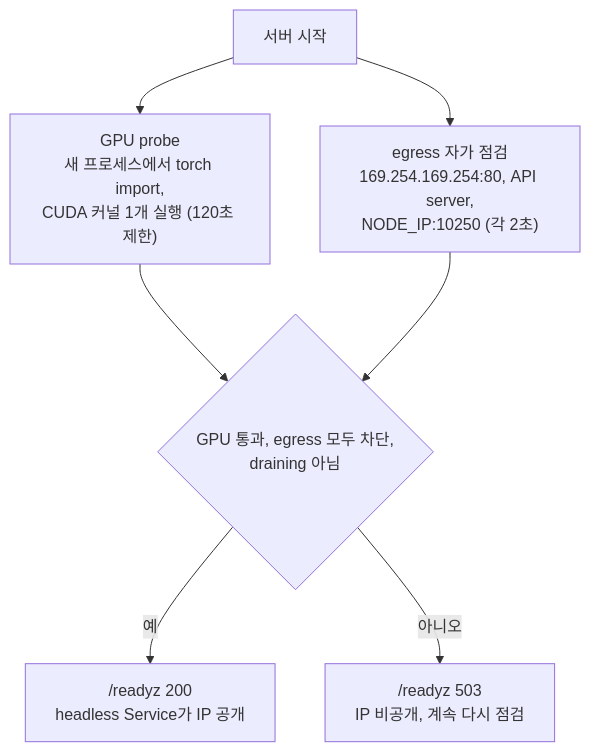
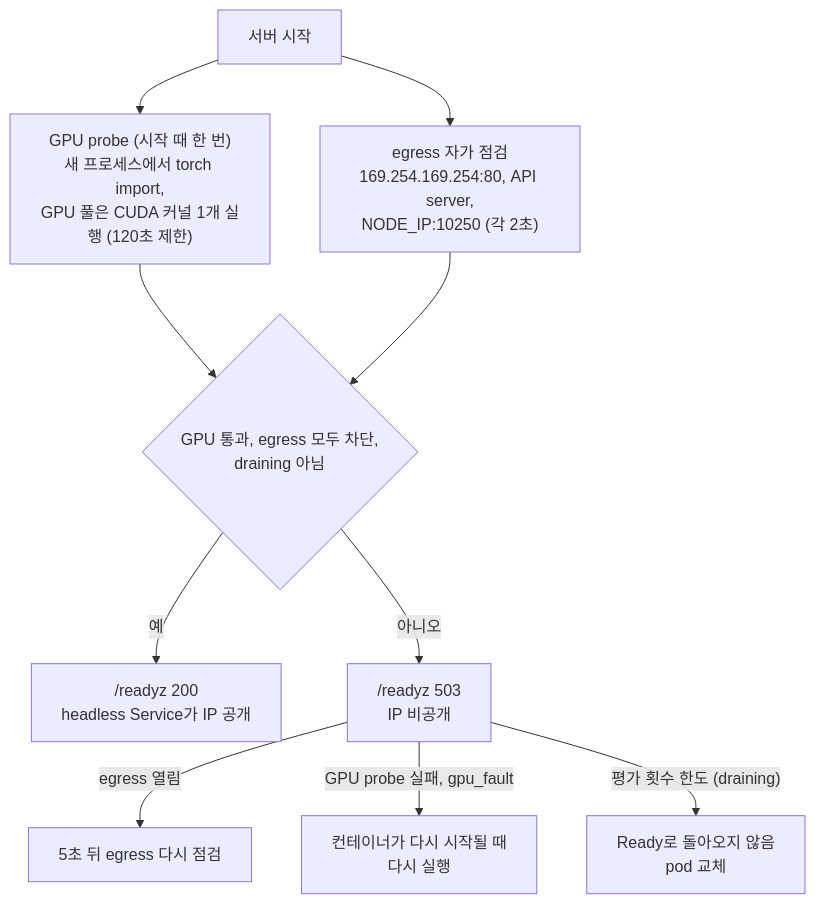
One commit to daekeun-ml/gpu-sandbox-on-aws changed the second of 2 diagrams in docs/handson/04_sandbox_pools.md. Above: the diagram before and after it, drawn with Mermaid. The commit also changed other lines of this file and 171 other files, not shown here.

````diff
--- a/docs/handson/04_sandbox_pools.md
+++ b/docs/handson/04_sandbox_pools.md
@@ -195,9 +207,12 @@
 ```mermaid
 flowchart TD
-    A["서버 시작"] --> B["GPU probe<br/>새 프로세스에서 torch import,<br/>CUDA 커널 1개 실행 (120초 제한)"]
+    A["서버 시작"] --> B["GPU probe (시작 때 한 번)<br/>새 프로세스에서 torch import,<br/>GPU 풀은 CUDA 커널 1개 실행 (120초 제한)"]
     A --> C["egress 자가 점검<br/>169.254.169.254:80, API server,<br/>NODE_IP:10250 (각 2초)"]
     B --> D{"GPU 통과, egress 모두 차단,<br/>draining 아님"}
     C --> D
     D -->|"예"| E["/readyz 200<br/>headless Service가 IP 공개"]
-    D -->|"아니오"| F["/readyz 503<br/>IP 비공개, 계속 다시 점검"]
+    D -->|"아니오"| F["/readyz 503<br/>IP 비공개"]
+    F -->|"egress 열림"| G["5초 뒤 egress 다시 점검"]
+    F -->|"GPU probe 실패, gpu_fault"| H["컨테이너가 다시 시작될 때<br/>다시 실행"]
+    F -->|"평가 횟수 한도 (draining)"| I["Ready로 돌아오지 않음<br/>pod 교체"]
 ```
````
